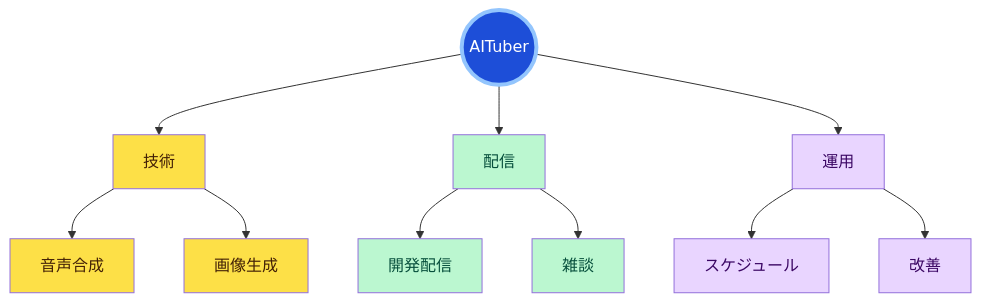
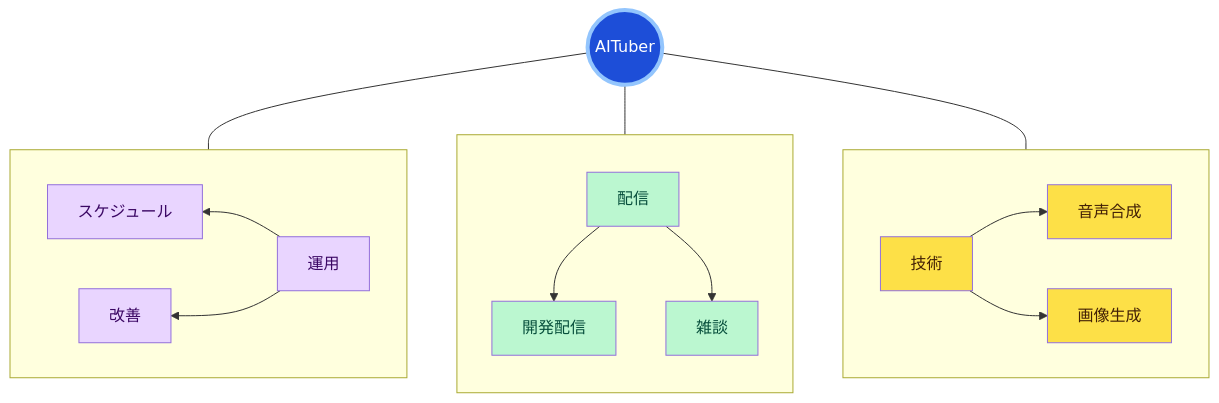
The diagram in README.md (azailuhca/azailuhca), drawn with Mermaid before and after one commit.

````diff
--- a/README.md
+++ b/README.md
@@ -19,25 +19,36 @@
 ```mermaid
-graph TD
-  A((AITuber)) --> B[技術]
-  A --> C[配信]
-  A --> D[運用]
+graph TB
+  A((AITuber))
 
-  B --> B1[音声合成]
-  B --> B2[画像生成]
+  subgraph TECH[ ]
+    direction LR
+    B[技術] --> B1[音声合成]
+    B --> B2[画像生成]
+  end
 
-  C --> C1[開発配信]
-  C --> C2[雑談]
+  subgraph PLAY[ ]
+    direction TB
+    C[配信] --> C1[開発配信]
+    C --> C2[雑談]
+  end
 
-  D --> D1[スケジュール]
-  D --> D2[改善]
+  subgraph OPS[ ]
+    direction RL
+    D[運用] --> D1[スケジュール]
+    D --> D2[改善]
+  end
+
+  A --- B
+  A --- C
+  A --- D
 
   classDef core fill:#1d4ed8,color:#fff,stroke:#93c5fd,stroke-width:4px
   classDef tech fill:#fde047,color:#422006
   classDef play fill:#bbf7d0,color:#064e3b
   classDef manage fill:#e9d5ff,color:#3b0764
 
   class A core
   class B,B1,B2 tech
   class C,C1,C2 play
   class D,D1,D2 manage
 ```
````
